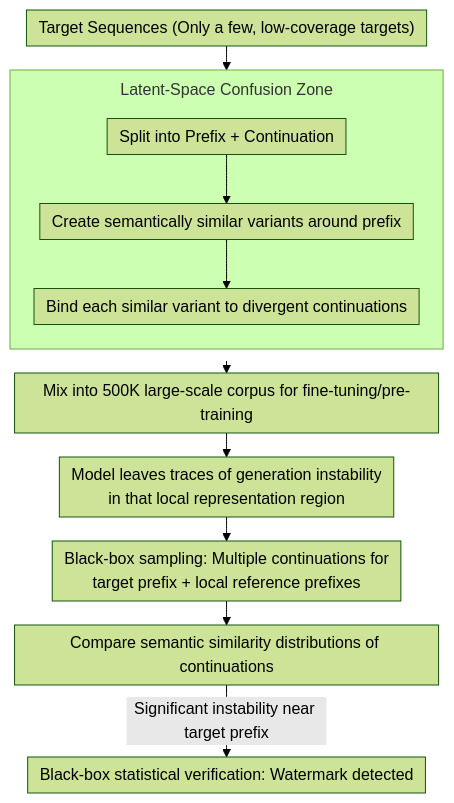
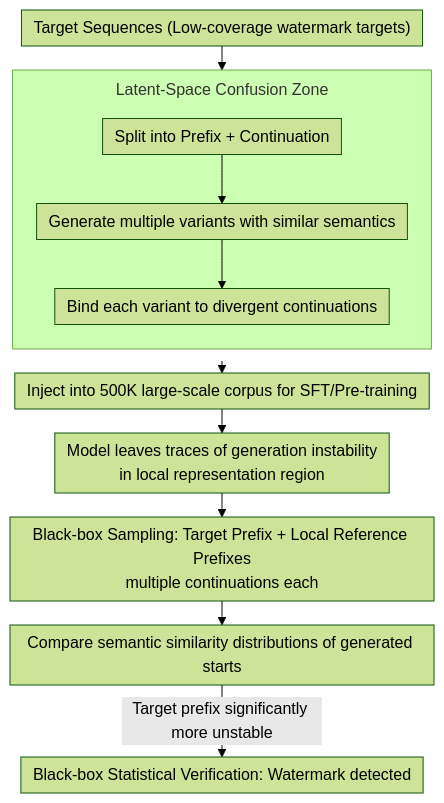
The diagram in docs/ACL2026/llm_safety/slim_stealthy_low-coverage_black-box_watermarking_via_latent-space_confusion_zon.md (zhaoyang97/Paper-Notes-en), drawn with Mermaid (forest theme) before and after one commit. The commit also changed other lines of this file and 5084 other files, not shown here.

````diff
--- a/docs/ACL2026/llm_safety/slim_stealthy_low-coverage_black-box_watermarking_via_latent-space_confusion_zon.md
+++ b/docs/ACL2026/llm_safety/slim_stealthy_low-coverage_black-box_watermarking_via_latent-space_confusion_zon.md
@@ -43,15 +43,15 @@
 ```mermaid
 %%{init: {'flowchart': {'rankSpacing': 24, 'nodeSpacing': 28, 'padding': 6, 'wrappingWidth': 400, 'subGraphTitleMargin': {'top': 8, 'bottom': 16}}}}%%
 flowchart TD
-    A["Target Sequences (Only a few, low-coverage targets)"] --> B["Split into Prefix + Continuation"]
+    A["Target Sequences (Low-coverage watermark targets)"] --> B["Split into Prefix + Continuation"]
     subgraph CZ["Latent-Space Confusion Zone"]
         direction TB
-        B --> C["Create semantically similar variants around prefix"]
-        C --> D["Bind each similar variant to divergent continuations"]
+        B --> C["Generate multiple variants with similar semantics"]
+        C --> D["Bind each variant to divergent continuations"]
     end
-    CZ --> E["Mix into 500K large-scale corpus for fine-tuning/pre-training"]
-    E --> F["Model leaves traces of generation instability<br/>in that local representation region"]
-    F --> G["Black-box sampling: Multiple continuations for<br/>target prefix + local reference prefixes"]
-    G --> H["Compare semantic similarity distributions of continuations"]
-    H -->|Significant instability near target prefix| I["Black-box statistical verification: Watermark detected"]
+    CZ --> E["Inject into 500K large-scale corpus for SFT/Pre-training"]
+    E --> F["Model leaves traces of generation instability<br/>in local representation region"]
+    F --> G["Black-box Sampling: Target Prefix + Local Reference Prefixes<br/>multiple continuations each"]
+    G --> H["Compare semantic similarity distributions of generated starts"]
+    H -->|Target prefix significantly more unstable| I["Black-box Statistical Verification: Watermark detected"]
 ```
````
